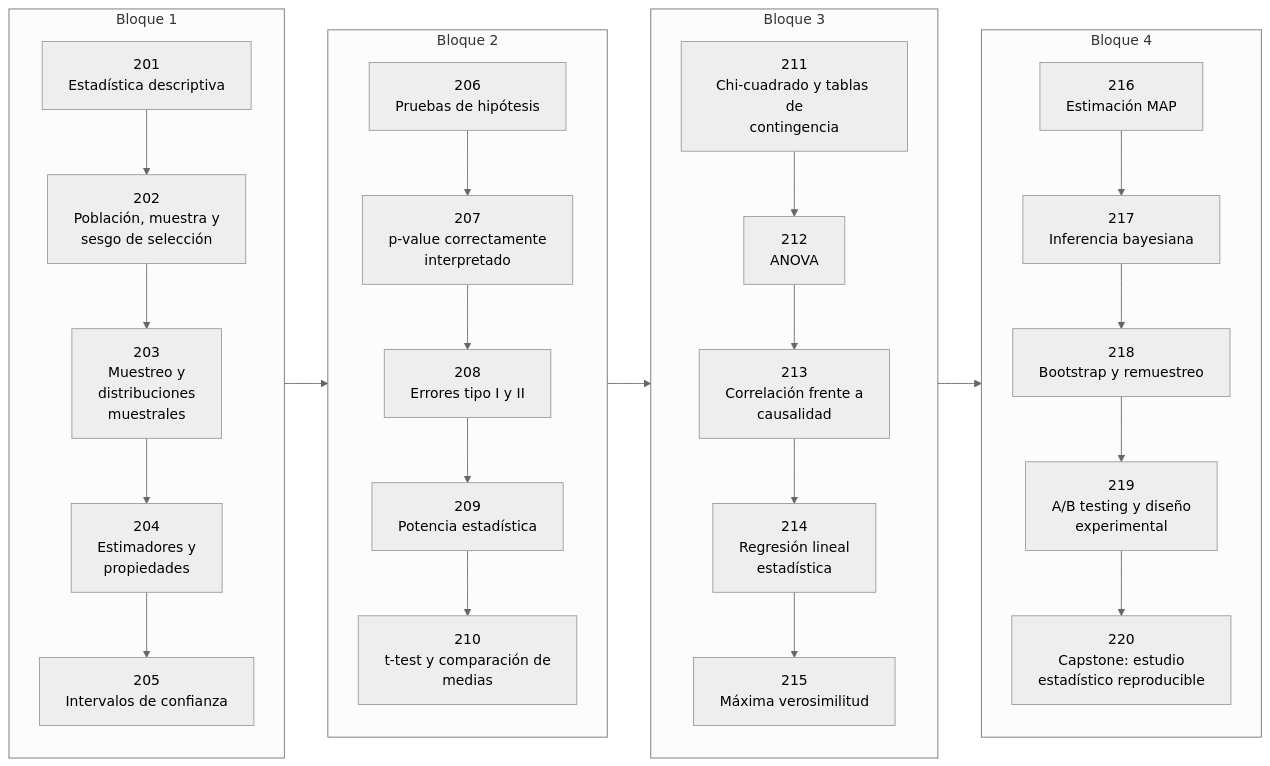
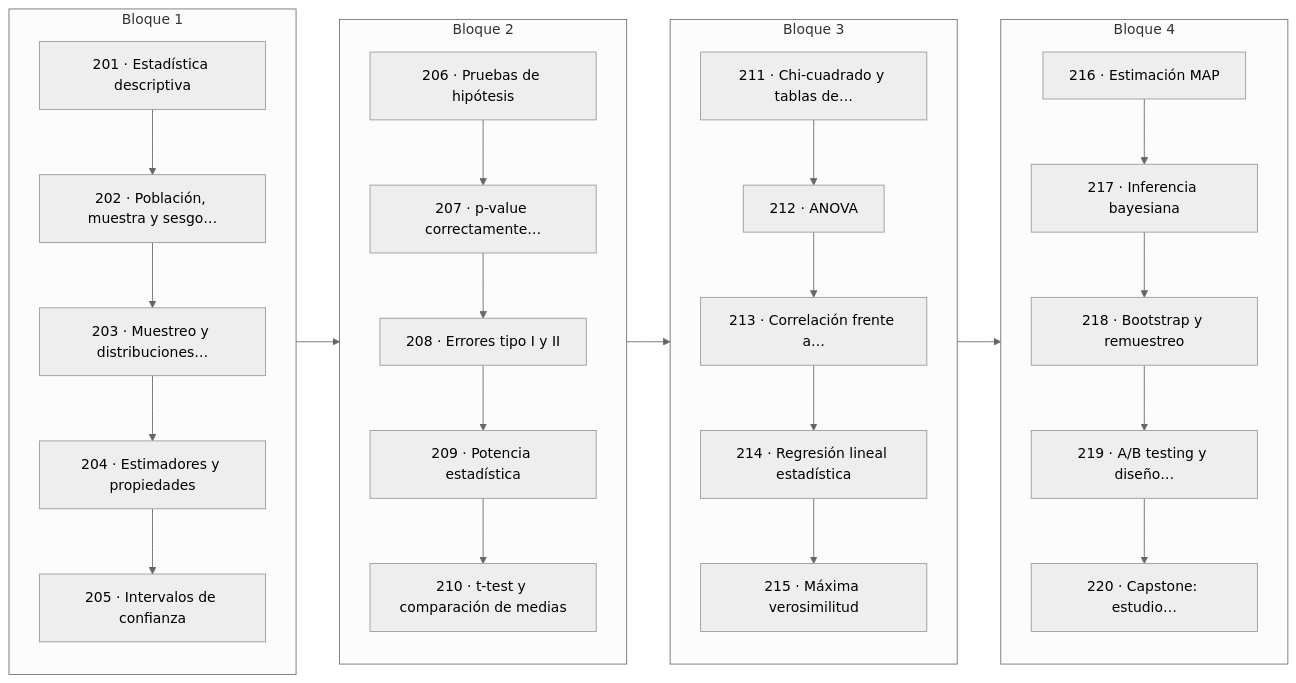
One commit to vladimiracunadev-create/computational-mathematics-program changed the diagram in classes/part-10-estadistica-e-inferencia/README.md. Above: the diagram before and after it, drawn with Mermaid (neutral theme). The commit also changed 389 other files, not shown here.

First line of the commit message:
fix(diagramas): elimina el HTML de las etiquetas Mermaid

````diff
--- a/classes/part-10-estadistica-e-inferencia/README.md
+++ b/classes/part-10-estadistica-e-inferencia/README.md
@@ -34,54 +34,54 @@
 ```mermaid
 flowchart LR
     subgraph B1["Bloque 1"]
         direction TB
-        L201["201<br/>Estadística descriptiva"]
-        L202["202<br/>Población, muestra y<br/>sesgo de selección"]
-        L203["203<br/>Muestreo y<br/>distribuciones<br/>muestrales"]
-        L204["204<br/>Estimadores y<br/>propiedades"]
-        L205["205<br/>Intervalos de confianza"]
+        L201["201 · Estadística descriptiva"]
+        L202["202 · Población, muestra y sesgo…"]
+        L203["203 · Muestreo y distribuciones…"]
+        L204["204 · Estimadores y propiedades"]
+        L205["205 · Intervalos de confianza"]
         L201 --> L202
         L202 --> L203
         L203 --> L204
         L204 --> L205
     end
     subgraph B2["Bloque 2"]
         direction TB
-        L206["206<br/>Pruebas de hipótesis"]
-        L207["207<br/>p-value correctamente<br/>interpretado"]
-        L208["208<br/>Errores tipo I y II"]
-        L209["209<br/>Potencia estadística"]
-        L210["210<br/>t-test y comparación de<br/>medias"]
+        L206["206 · Pruebas de hipótesis"]
+        L207["207 · p-value correctamente…"]
+        L208["208 · Errores tipo I y II"]
+        L209["209 · Potencia estadística"]
+        L210["210 · t-test y comparación de medias"]
         L206 --> L207
         L207 --> L208
         L208 --> L209
         L209 --> L210
     end
     subgraph B3["Bloque 3"]
         direction TB
-        L211["211<br/>Chi-cuadrado y tablas de<br/>contingencia"]
-        L212["212<br/>ANOVA"]
-        L213["213<br/>Correlación frente a<br/>causalidad"]
-        L214["214<br/>Regresión lineal<br/>estadística"]
-        L215["215<br/>Máxima verosimilitud"]
+        L211["211 · Chi-cuadrado y tablas de…"]
+        L212["212 · ANOVA"]
+        L213["213 · Correlación frente a…"]
+        L214["214 · Regresión lineal estadística"]
+        L215["215 · Máxima verosimilitud"]
         L211 --> L212
         L212 --> L213
         L213 --> L214
         L214 --> L215
     end
     subgraph B4["Bloque 4"]
         direction TB
-        L216["216<br/>Estimación MAP"]
-        L217["217<br/>Inferencia bayesiana"]
-        L218["218<br/>Bootstrap y remuestreo"]
-        L219["219<br/>A/B testing y diseño<br/>experimental"]
-        L220["220<br/>Capstone: estudio<br/>estadístico reproducible"]
+        L216["216 · Estimación MAP"]
+        L217["217 · Inferencia bayesiana"]
+        L218["218 · Bootstrap y remuestreo"]
+        L219["219 · A/B testing y diseño…"]
+        L220["220 · Capstone: estudio…"]
         L216 --> L217
         L217 --> L218
         L218 --> L219
         L219 --> L220
     end
     L205 --> L206
     L210 --> L211
     L215 --> L216
 ```
````
